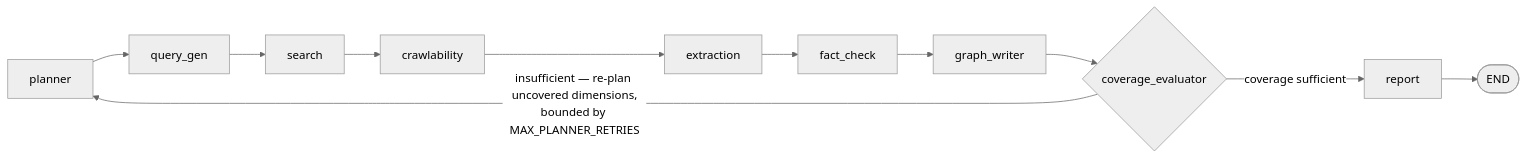
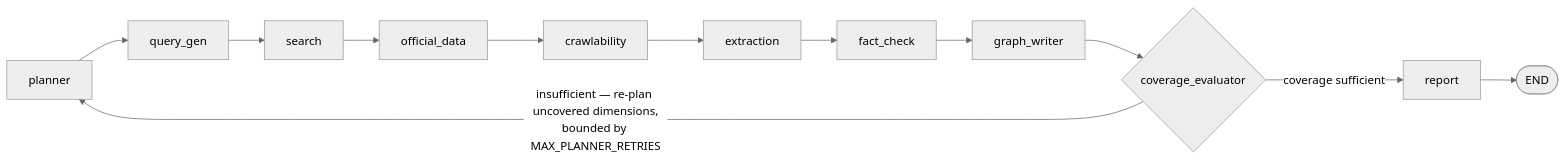
Before and after one commit to suraj19/cardio4cities: the diagram in ARCHITECTURE.md, drawn with Mermaid (neutral theme). The commit also changed other lines of this file and 22 other files, not shown here.

````diff
--- a/ARCHITECTURE.md
+++ b/ARCHITECTURE.md
@@ -42,7 +42,7 @@
 ```mermaid
 flowchart LR
-  planner --> query_gen --> search --> crawlability --> extraction
+  planner --> query_gen --> search --> official_data --> crawlability --> extraction
   extraction --> fact_check --> graph_writer --> coverage{coverage_evaluator}
   coverage -- "coverage sufficient" --> report --> done([END])
   coverage -- "insufficient — re-plan uncovered dimensions,<br/>bounded by MAX_PLANNER_RETRIES" --> planner
 ```
````
